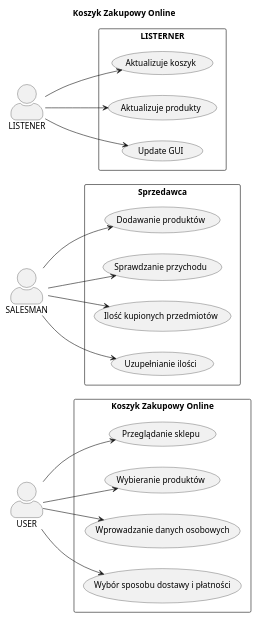
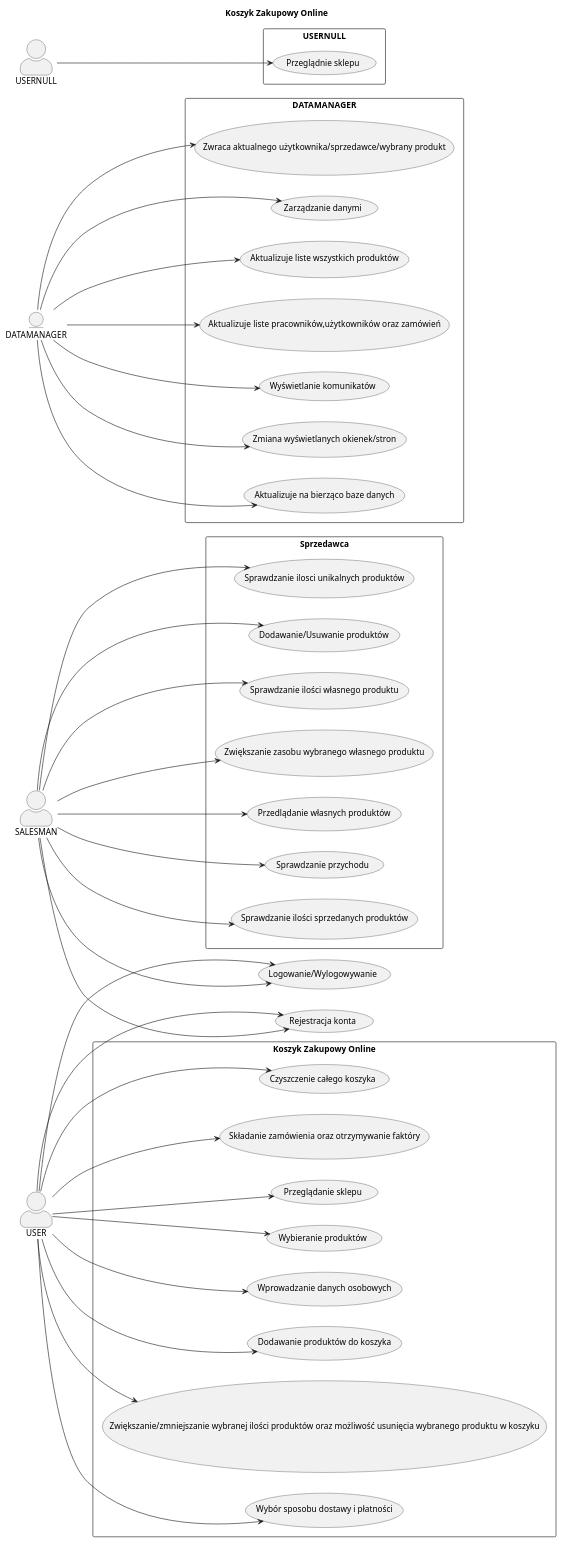
The diagram in PlantUML/features.puml (Szlesniak/ShoppingCart), drawn with PlantUML before and after one commit. The commit also changed 2 other files, not shown here.

```diff
--- a/PlantUML/features.puml
+++ b/PlantUML/features.puml
@@ -1,32 +1,53 @@
 @startuml
 title Koszyk Zakupowy Online
 
 skinparam actorStyle awesome
 
 actor "USER" as User
 actor "SALESMAN" as Salesman
-actor "LISTENER" as Listener
+entity "DATAMANAGER" as datamanager
+actor "USERNULL" as usernull
 
 left to right direction
 
 rectangle "Koszyk Zakupowy Online" {
   User --> (Przeglądanie sklepu)
   User --> (Wybieranie produktów)
   User --> (Wprowadzanie danych osobowych)
+  User --> (Dodawanie produktów do koszyka)
+  User --> (Zwiększanie/zmniejszanie wybranej ilości produktów oraz możliwość usunięcia wybranego produktu w koszyku)
   User --> (Wybór sposobu dostawy i płatności)
+  User --> (Czyszczenie całego koszyka)
+  User --> (Składanie zamówienia oraz otrzymywanie faktóry)
+}
+User --> (Logowanie/Wylogowywanie)
+User --> (Rejestracja konta)
+Salesman --> (Rejestracja konta)
+Salesman --> (Logowanie/Wylogowywanie)
+
+rectangle "Sprzedawca" {
+  Salesman --> (Dodawanie/Usuwanie produktów)
+  Salesman --> (Sprawdzanie ilości własnego produktu)
+  Salesman --> (Zwiększanie zasobu wybranego własnego produktu)
+  Salesman --> (Przedlądanie własnych produktów)
+  Salesman --> (Sprawdzanie przychodu)
+  Salesman --> (Sprawdzanie ilości sprzedanych produktów)
+  Salesman --> (Sprawdzanie ilosci unikalnych produktów)
 }
 
-rectangle "Sprzedawca" {
-  Salesman --> (Dodawanie produktów)
-  Salesman --> (Sprawdzanie przychodu)
-  Salesman --> (Ilość kupionych przedmiotów)
-  Salesman --> (Uzupełnianie ilości)
+rectangle "DATAMANAGER" {
+  datamanager --> (Zarządzanie danymi)
+  datamanager --> (Aktualizuje liste wszystkich produktów)
+  datamanager --> (Aktualizuje liste pracowników,użytkowników oraz zamówień)
+  datamanager --> (Wyświetlanie komunikatów)
+  datamanager --> (Zmiana wyświetlanych okienek/stron)
+  datamanager --> (Aktualizuje na bierząco baze danych)
+  datamanager --> (Zwraca aktualnego użytkownika/sprzedawce/wybrany produkt)
 }
 
-rectangle "LISTERNER" {
-  Listener --> (Aktualizuje koszyk)
-  Listener --> (Aktualizuje produkty)
-  Listener --> (Update GUI)
+rectangle "USERNULL" {
+    usernull --> (Przeglądnie sklepu)
 }
 
+
 @enduml
```
